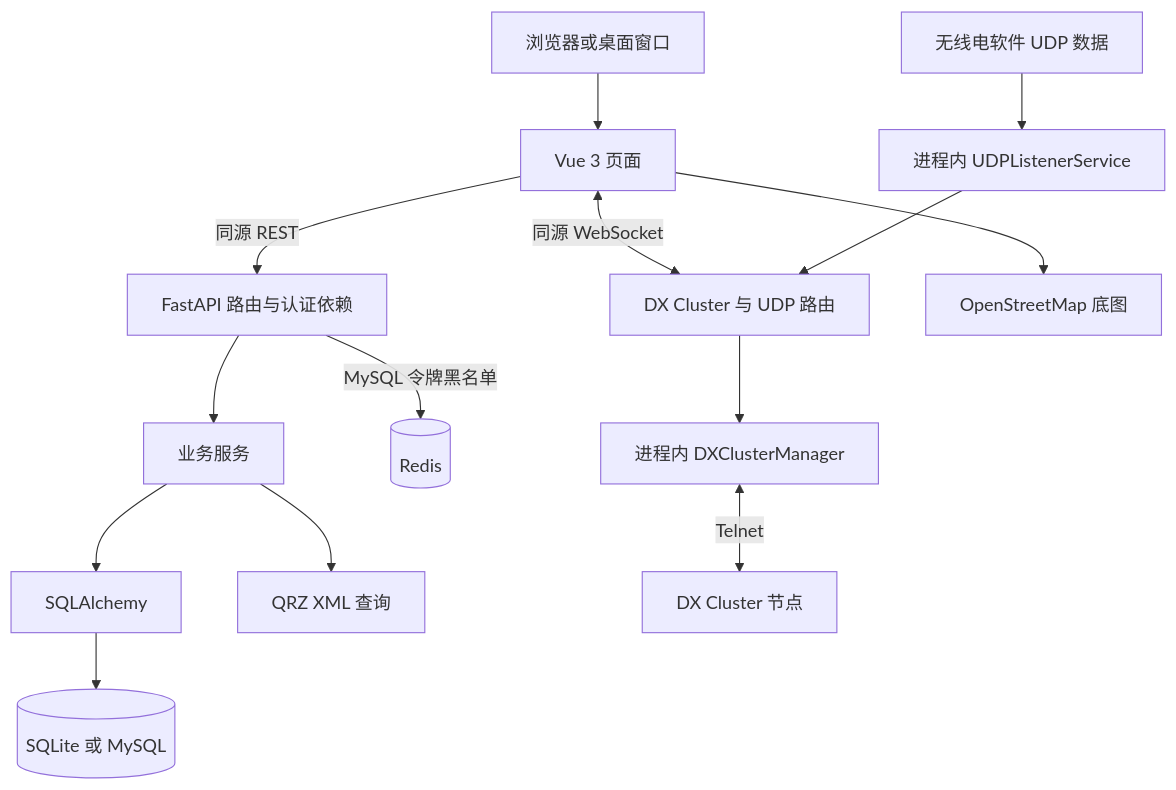
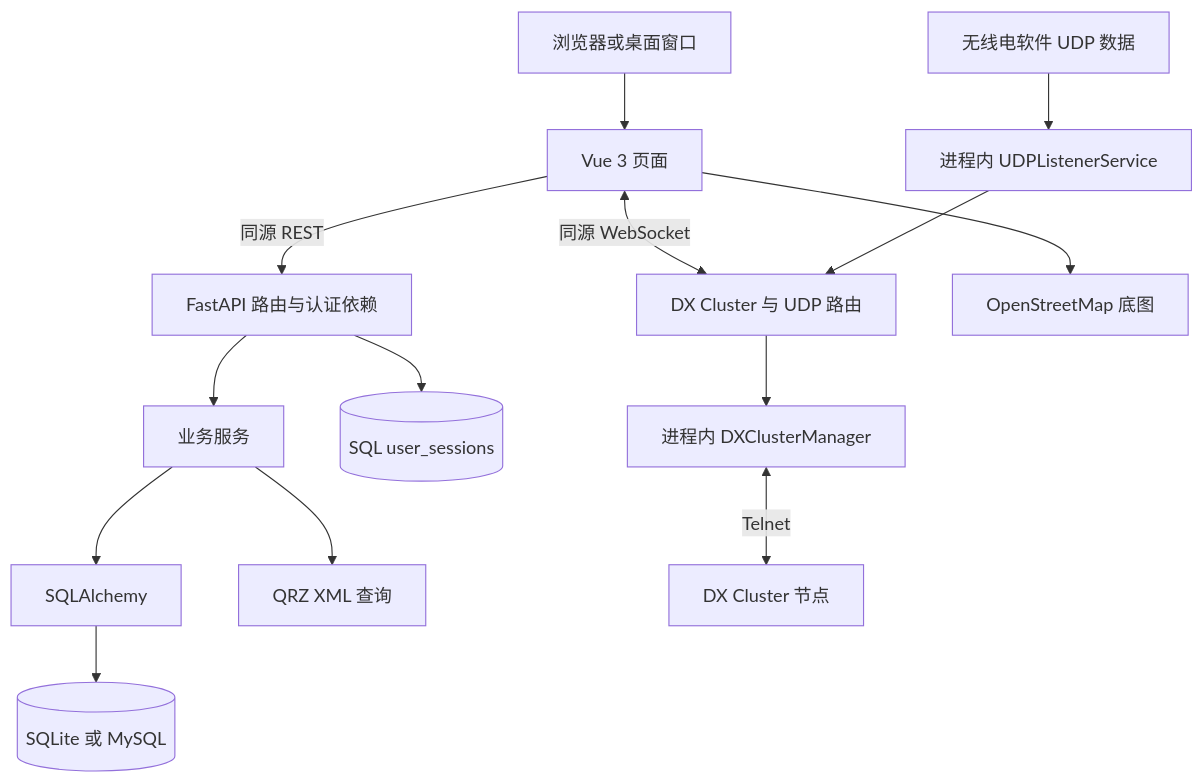
Before and after one commit to NanamiKite/radioManger: the first of 16 diagrams in doc/11_系统架构图.md, drawn with Mermaid. The commit also changed other lines of this file and 103 other files, not shown here.

````diff
--- a/doc/11_系统架构图.md
+++ b/doc/11_系统架构图.md
@@ -7,16 +7,16 @@
 ```mermaid
 flowchart TB
     Client[浏览器或桌面窗口] --> UI[Vue 3 页面]
     UI -->|同源 REST| API[FastAPI 路由与认证依赖]
     UI <-->|同源 WebSocket| Realtime[DX Cluster 与 UDP 路由]
     API --> Services[业务服务]
     Services --> ORM[SQLAlchemy]
     ORM --> DB[(SQLite 或 MySQL)]
-    API -->|MySQL 令牌黑名单| Redis[(Redis)]
+    API --> Sessions[(SQL user_sessions)]
     Services --> QRZ[QRZ XML 查询]
     Realtime --> DX[进程内 DXClusterManager]
     DX <-->|Telnet| Node[DX Cluster 节点]
     UDP[无线电软件 UDP 数据] --> Listener[进程内 UDPListenerService]
     Listener --> Realtime
     UI --> Tiles[OpenStreetMap 底图]
 ```
````
